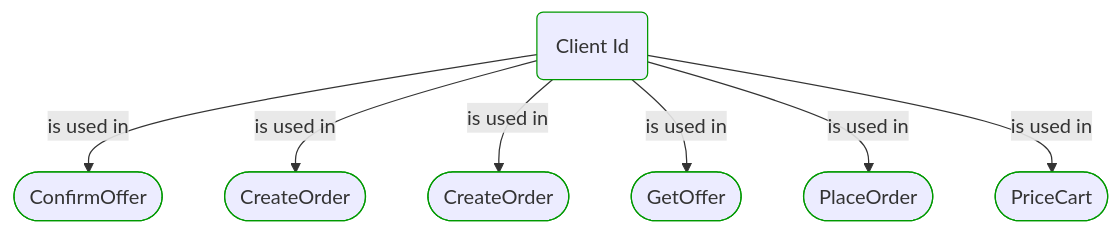
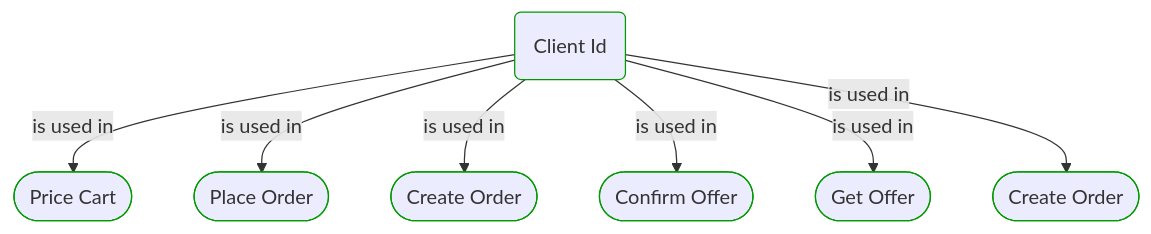
The second of 2 diagrams in Docs/P3/MermaidOutput/Domain/Concepts/Sales/Clients/ClientId.md (itlibrium/DDD-starter-dotnet), drawn with Mermaid before and after one commit. The commit also changed other lines of this file and 51 other files, not shown here.

````diff
--- a/Docs/P3/MermaidOutput/Domain/Concepts/Sales/Clients/ClientId.md
+++ b/Docs/P3/MermaidOutput/Domain/Concepts/Sales/Clients/ClientId.md
@@ -92,26 +92,26 @@
 ```mermaid
   flowchart TB
     0(Client Id)
     class 0 DomainPerspective
-    1([ConfirmOffer])
+    1([Price Cart])
     class 1 DomainPerspective
     0-->|is used in|1
-    2([CreateOrder])
+    2([Place Order])
     class 2 DomainPerspective
     0-->|is used in|2
-    3([CreateOrder])
+    3([Create Order])
     class 3 DomainPerspective
     0-->|is used in|3
-    4([GetOffer])
+    4([Confirm Offer])
     class 4 DomainPerspective
     0-->|is used in|4
-    5([PlaceOrder])
+    5([Get Offer])
     class 5 DomainPerspective
     0-->|is used in|5
-    6([PriceCart])
+    6([Create Order])
     class 6 DomainPerspective
     0-->|is used in|6
     classDef DomainPerspective stroke:#009900
     classDef TechnologyPerspective stroke:#1F41EB
     classDef PeoplePerspective stroke:#FFF014
 ```
````
